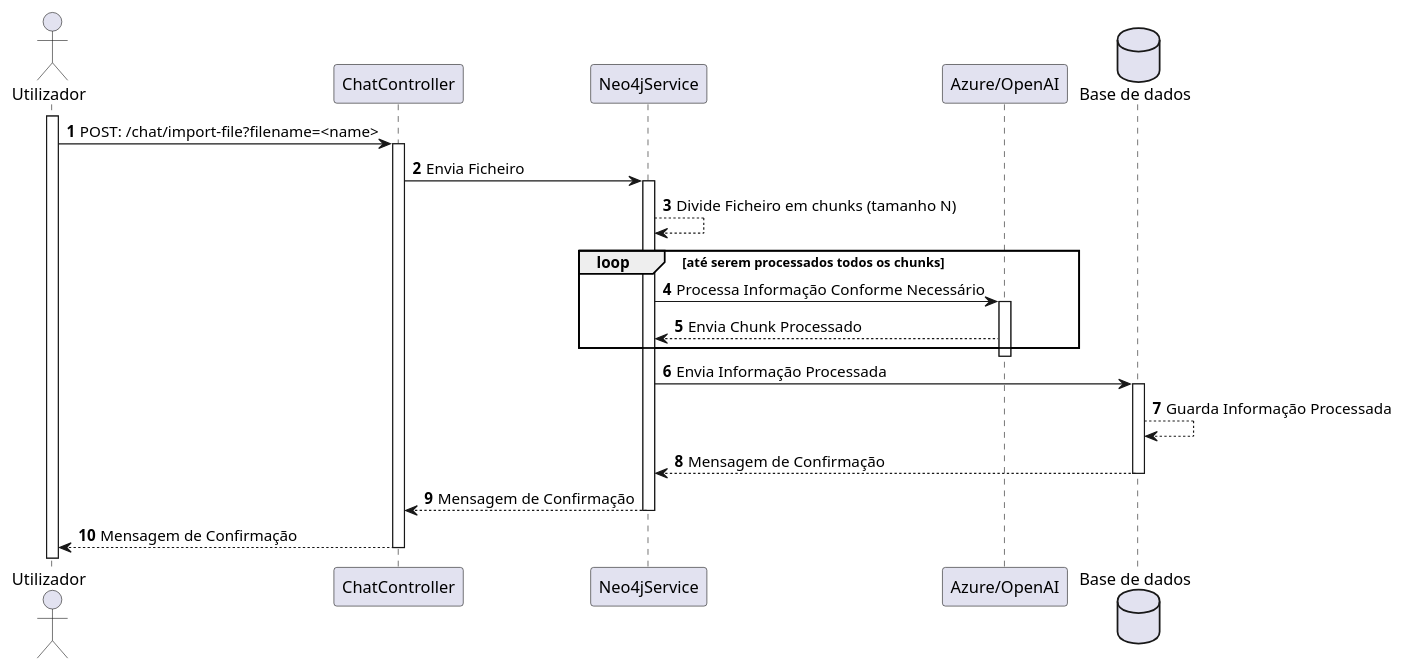
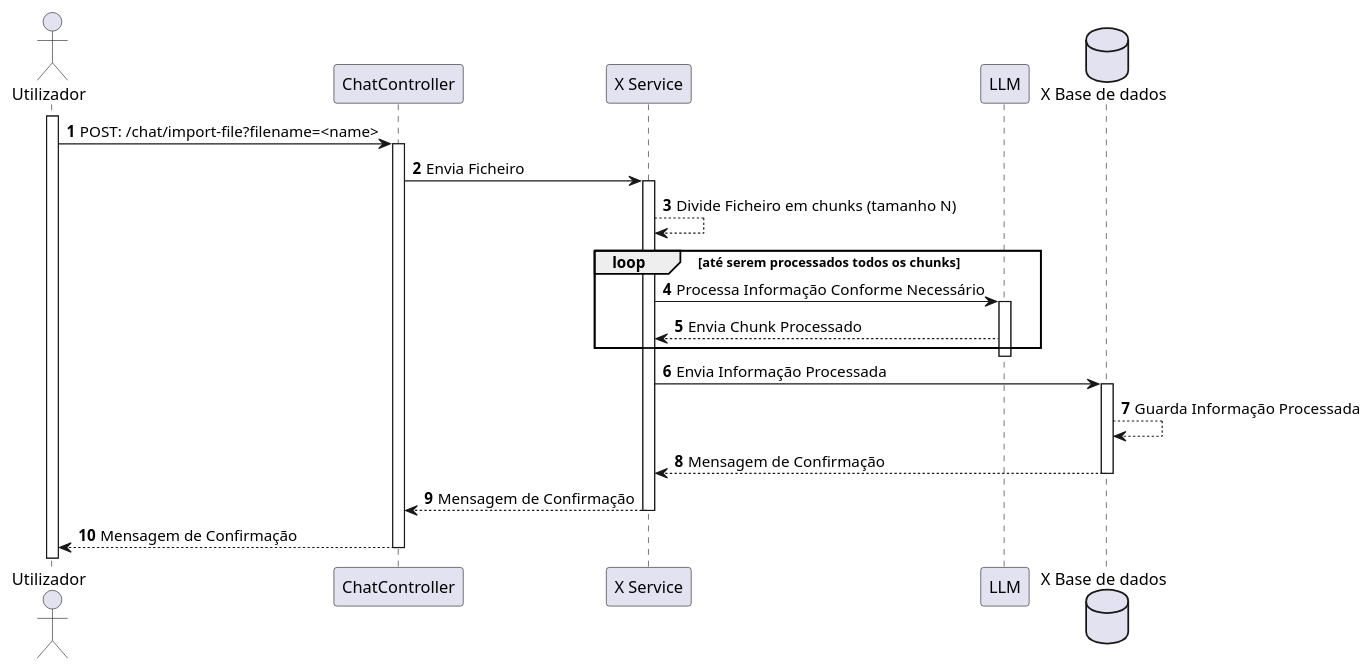
One commit to Educ00/EstagioArmis changed the diagram in src/projeto_armis/docs/sd/import_files/import_files_sd0.puml. Above: the diagram before and after it, drawn with PlantUML. The commit also changed 20 other files, not shown here.

Commit message:
Diagramas

```diff
--- a/src/projeto_armis/docs/sd/import_files/import_files_sd0.puml
+++ b/src/projeto_armis/docs/sd/import_files/import_files_sd0.puml
@@ -1,41 +1,41 @@
 @startuml
 
 autonumber
 Actor Utilizador as user
 
 participant ChatController as controller
-participant Neo4jService as neo4jService
+participant "X Service" as service
 
-participant "Azure/OpenAI" as azureOpenAI
+participant "LLM" as llm
 
-database "Base de dados" as db
+database "X Base de dados" as db
 
 activate user
 user -> controller : POST: /chat/import-file?filename=<name>
 
 activate controller
 
-controller -> neo4jService : Envia Ficheiro
-activate neo4jService
+controller -> service : Envia Ficheiro
+activate service
 
-neo4jService --> neo4jService : Divide Ficheiro em chunks (tamanho N)
+service --> service : Divide Ficheiro em chunks (tamanho N)
 loop até serem processados todos os chunks
-neo4jService -> azureOpenAI : Processa Informação Conforme Necessário
-activate azureOpenAI
-azureOpenAI --> neo4jService : Envia Chunk Processado
+service -> llm : Processa Informação Conforme Necessário
+activate llm
+llm --> service : Envia Chunk Processado
 end loop
-deactivate azureOpenAI
+deactivate llm
 
-neo4jService -> db : Envia Informação Processada
+service -> db : Envia Informação Processada
 activate db
 db --> db : Guarda Informação Processada
-db --> neo4jService : Mensagem de Confirmação
+db --> service : Mensagem de Confirmação
 deactivate db
 
-neo4jService --> controller : Mensagem de Confirmação
-deactivate neo4jService
+service --> controller : Mensagem de Confirmação
+deactivate service
 
 controller --> user : Mensagem de Confirmação
 deactivate controller
 
 @enduml
```
